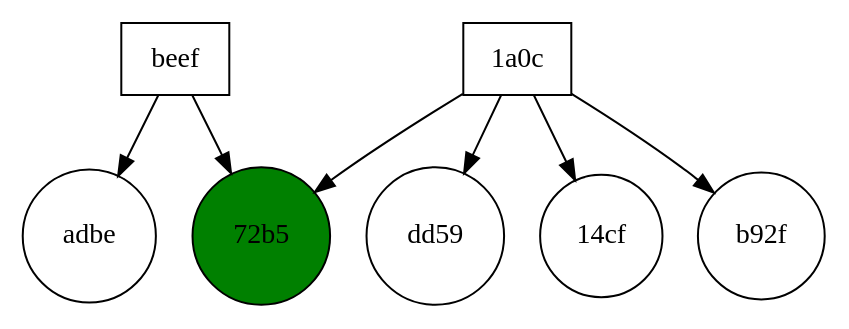
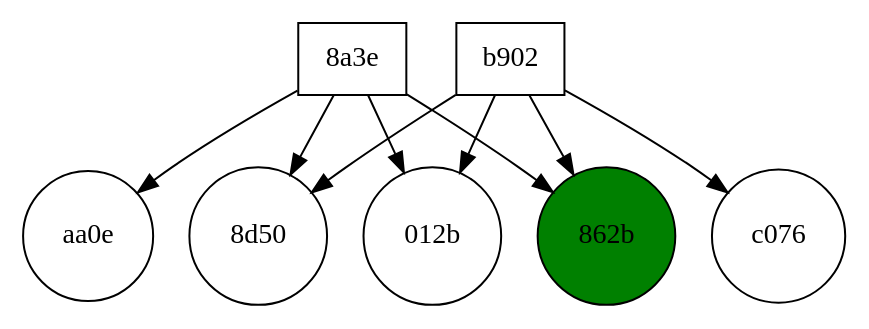
One commit to ziyadalrasbi/F20SC-CW2 changed the diagram in doctest-output/visitor.gv. Above: the diagram before and after it, drawn with Graphviz. The commit also changed 2 other files, not shown here.

```diff
--- a/doctest-output/visitor.gv
+++ b/doctest-output/visitor.gv
@@ -1,22 +1,26 @@
 digraph visitor {
 	graph [rank=min]
 	node [shape=rectangle]
-	"00000000deadbeef" [label=beef fillcolor=white shape=rectangle style=filled]
-	"00000000deadbeef" -> "aaaaaaaaaaaa-00000000df1ad06a86c40000000feadbe"
-	"00000000deadbeef" -> "100806162735-00000000115598650cb8b514246272b5"
-	"4108dc09bfe11a0c" [label="1a0c" fillcolor=white shape=rectangle style=filled]
-	"4108dc09bfe11a0c" -> "100405170355-00000000ee4bfd24d2ff703b9147dd59"
-	"4108dc09bfe11a0c" -> "101122221951-00000000a695c340822e61891c8f14cf"
-	"4108dc09bfe11a0c" -> "100806172045-0000000081705fbea3553bd0d745b92f"
-	"4108dc09bfe11a0c" -> "100806162735-00000000115598650cb8b514246272b5"
+	"3c01241d5c3a8a3e" [label="8a3e" fillcolor=white shape=rectangle style=filled]
+	"3c01241d5c3a8a3e" -> "140310165657-0000000068d21bb99dec3ad6ee60aa0e"
+	"3c01241d5c3a8a3e" -> "140310171202-000000002e5a8ff1f577548fec708d50"
+	"3c01241d5c3a8a3e" -> "140310171030-000000008b8d98e95ac0797e7fdb012b"
+	"3c01241d5c3a8a3e" -> "140310170010-0000000067dc80801f1df696ae52862b"
+	"4065369dbee2b902" [label=b902 fillcolor=white shape=rectangle style=filled]
+	"4065369dbee2b902" -> "140310171030-000000008b8d98e95ac0797e7fdb012b"
+	"4065369dbee2b902" -> "140310171114-00000000950ae9deb4faca996b0ec076"
+	"4065369dbee2b902" -> "140310171202-000000002e5a8ff1f577548fec708d50"
+	"4065369dbee2b902" -> "140310170010-0000000067dc80801f1df696ae52862b"
 	subgraph document {
 		graph [rank=max]
 		node [shape=circle]
-		"100405170355-00000000ee4bfd24d2ff703b9147dd59" [label=dd59 fillcolor=white shape=circle]
-		"100806162735-00000000115598650cb8b514246272b5" [label="72b5" fillcolor=green shape=circle style=filled]
-		"100806162735-00000000115598650cb8b514246272b5" [label="72b5" fillcolor=green shape=circle style=filled]
-		"100806172045-0000000081705fbea3553bd0d745b92f" [label=b92f fillcolor=white shape=circle]
-		"101122221951-00000000a695c340822e61891c8f14cf" [label="14cf" fillcolor=white shape=circle]
-		"aaaaaaaaaaaa-00000000df1ad06a86c40000000feadbe" [label=adbe fillcolor=white shape=circle]
+		"140310165657-0000000068d21bb99dec3ad6ee60aa0e" [label=aa0e fillcolor=white shape=circle]
+		"140310170010-0000000067dc80801f1df696ae52862b" [label="862b" fillcolor=green shape=circle style=filled]
+		"140310170010-0000000067dc80801f1df696ae52862b" [label="862b" fillcolor=green shape=circle style=filled]
+		"140310171030-000000008b8d98e95ac0797e7fdb012b" [label="012b" fillcolor=white shape=circle]
+		"140310171030-000000008b8d98e95ac0797e7fdb012b" [label="012b" fillcolor=white shape=circle]
+		"140310171114-00000000950ae9deb4faca996b0ec076" [label=c076 fillcolor=white shape=circle]
+		"140310171202-000000002e5a8ff1f577548fec708d50" [label="8d50" fillcolor=white shape=circle]
+		"140310171202-000000002e5a8ff1f577548fec708d50" [label="8d50" fillcolor=white shape=circle]
 	}
 }
```
